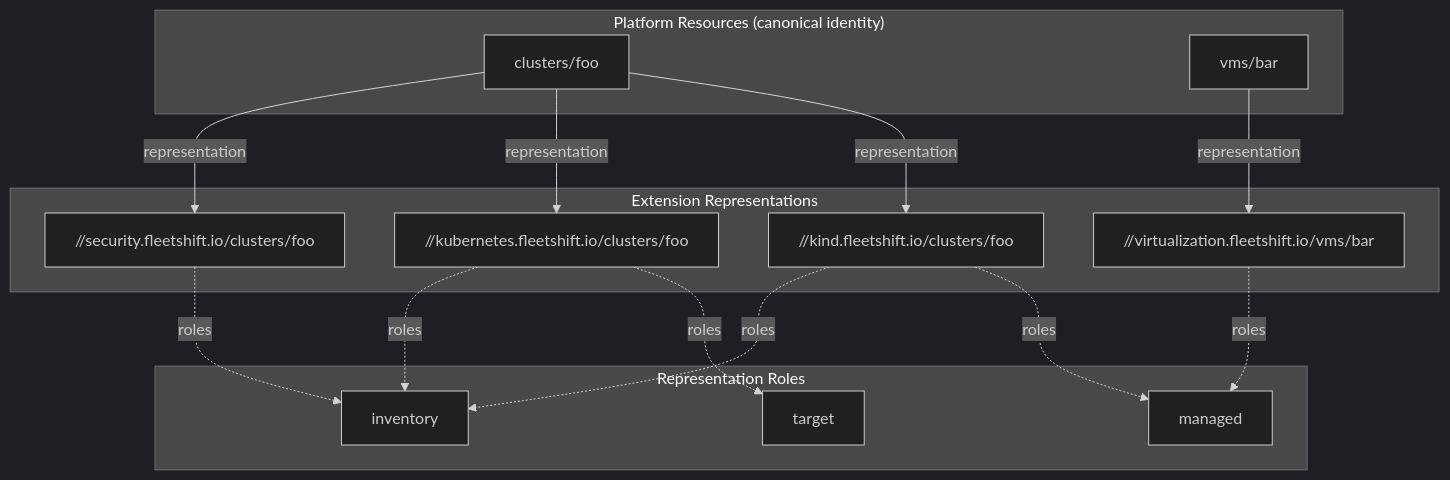
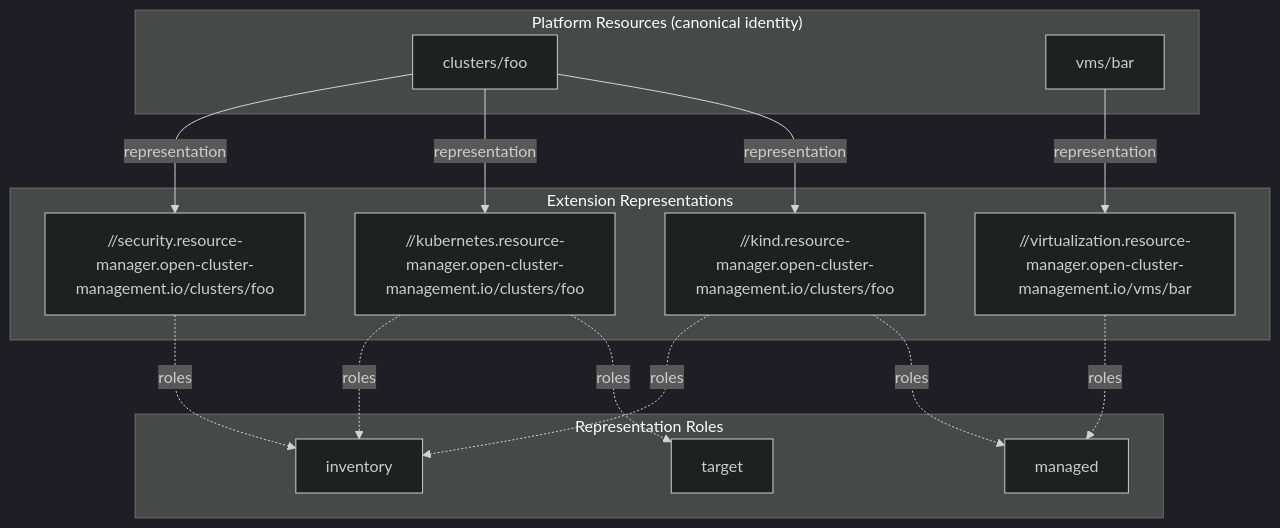
One commit to fleetshift/fleetshift-poc changed the diagram in docs/design/architecture/resource_identity_and_api.md. Above: the diagram before and after it, drawn with Mermaid (dark theme). The commit also changed other lines of this file and 1079 other files, not shown here.

Commit message:
Rename experimental OCM resource manager source and runtime identities

````diff
--- a/docs/design/architecture/resource_identity_and_api.md
+++ b/docs/design/architecture/resource_identity_and_api.md
@@ -55,31 +55,31 @@
 ```mermaid
 graph TB
     subgraph platformLayer ["Platform Resources (canonical identity)"]
         platformCluster["clusters/foo"]
         platformVM["vms/bar"]
     end
 
     subgraph extLayer ["Extension Representations"]
-        kind["//kind.fleetshift.io/clusters/foo"]
-        k8s["//kubernetes.fleetshift.io/clusters/foo"]
-        security["//security.fleetshift.io/clusters/foo"]
-        virtualization["//virtualization.fleetshift.io/vms/bar"]
+        kind["//kind.resource-manager.open-cluster-management.io/clusters/foo"]
+        k8s["//kubernetes.resource-manager.open-cluster-management.io/clusters/foo"]
+        security["//security.resource-manager.open-cluster-management.io/clusters/foo"]
+        virtualization["//virtualization.resource-manager.open-cluster-management.io/vms/bar"]
     end
 
     subgraph rolesLegend ["Representation Roles"]
         managed["managed"]
         inventory["inventory"]
         target["target"]
     end
 
     platformCluster -->|representation| kind
     platformCluster -->|representation| k8s
     platformCluster -->|representation| security
     kind -.->|roles| managed
     kind -.->|roles| inventory
     k8s -.->|roles| target
     k8s -.->|roles| inventory
     security -.->|roles| inventory
     platformVM -->|representation| virtualization
     virtualization -.->|roles| managed
 ```
````
